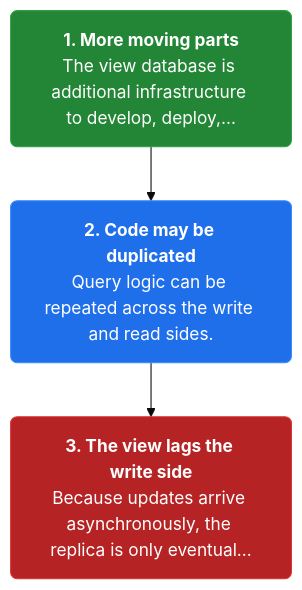
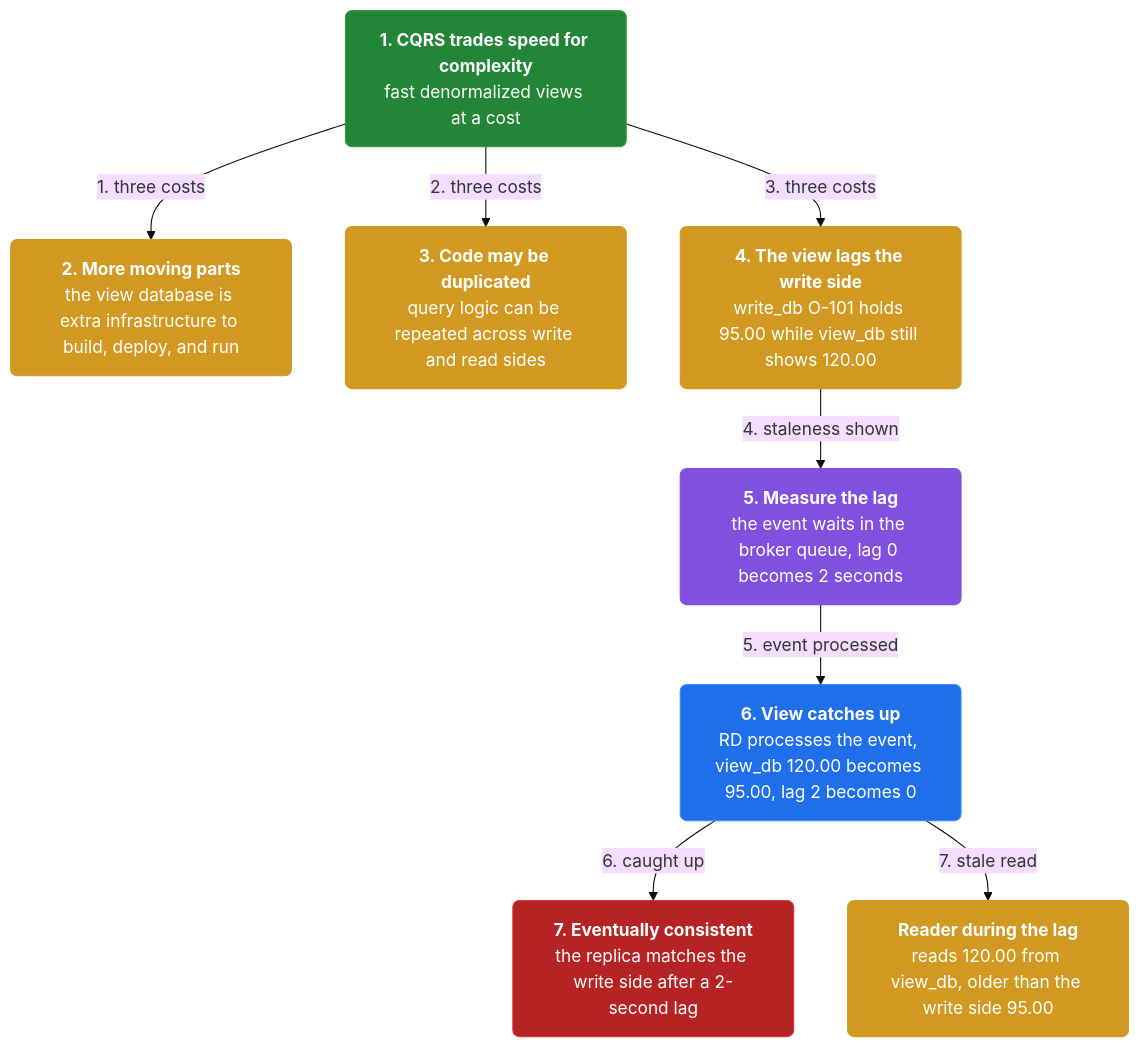
Before and after one commit to vinayakuber/microservices-io-study-guide: the fourth of 4 diagrams in docs/ch22-cqrs.md, drawn with Mermaid (base theme). The commit also changed other lines of this file and 46 other files, not shown here.

First line of the commit message:
Author rich branching flow diagrams for all 44 chapters

````diff
--- a/docs/ch22-cqrs.md
+++ b/docs/ch22-cqrs.md
@@ -131,11 +159,23 @@
 ```mermaid
 flowchart TD
-  classDef step fill:#1f6feb,color:#ffffff,stroke:#388bfd,stroke-width:1px,rx:6
+  classDef step fill:#1f6feb,color:#ffffff,stroke:#388bfd,rx:6
+  classDef core fill:#8250df,color:#ffffff,stroke:#8250df,rx:6
+  classDef warn fill:#d29922,color:#ffffff,stroke:#d29922,rx:6
   classDef start fill:#238636,color:#ffffff,stroke:#2ea043,rx:6
   classDef stop fill:#b62324,color:#ffffff,stroke:#da3633,rx:6
-  s3n0["<b>1. More moving parts</b><br/>The view database is additional infrastructure to develop, deploy,…"]:::start
-  s3n1["<b>2. Code may be duplicated</b><br/>Query logic can be repeated across the write and read sides."]:::step
-  s3n2["<b>3. The view lags the write side</b><br/>Because updates arrive asynchronously, the replica is only eventual…"]:::stop
-  s3n0 --> s3n1
-  s3n1 --> s3n2
+  n0["<b>1. CQRS trades speed for complexity</b><br/>fast denormalized views at a cost"]:::start
+  n1["<b>2. More moving parts</b><br/>the view database is extra infrastructure to build, deploy, and run"]:::warn
+  n2["<b>3. Code may be duplicated</b><br/>query logic can be repeated across write and read sides"]:::warn
+  n3["<b>4. The view lags the write side</b><br/>write_db O-101 holds 95.00 while view_db still shows 120.00"]:::warn
+  n4["<b>5. Measure the lag</b><br/>the event waits in the broker queue, lag 0 becomes 2 seconds"]:::core
+  n5["<b>6. View catches up</b><br/>RD processes the event, view_db 120.00 becomes 95.00, lag 2 becomes 0"]:::step
+  n6["<b>7. Eventually consistent</b><br/>the replica matches the write side after a 2-second lag"]:::stop
+  n7["<b>Reader during the lag</b><br/>reads 120.00 from view_db, older than the write side 95.00"]:::warn
+  n0 -->|"1. three costs"| n1
+  n0 -->|"2. three costs"| n2
+  n0 -->|"3. three costs"| n3
+  n3 -->|"4. staleness shown"| n4
+  n4 -->|"5. event processed"| n5
+  n5 -->|"6. caught up"| n6
+  n5 -->|"7. stale read"| n7
 ```
````
